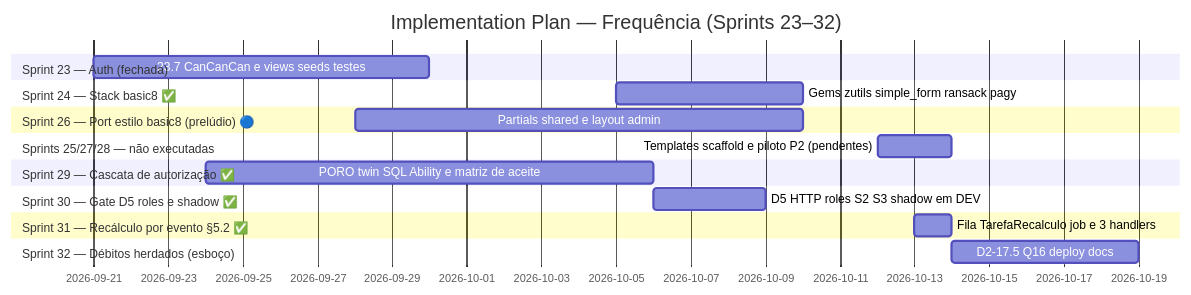
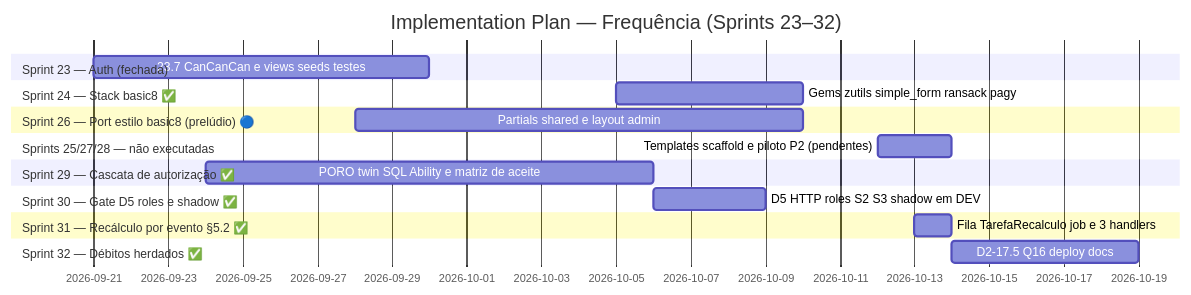
The diagram in docs/12-plano-implementacao/implementation_plan.md (daviaraujo18/Frequencia), drawn with Mermaid before and after one commit. The commit also changed other lines of this file and 6 other files, not shown here.

````diff
--- a/docs/12-plano-implementacao/implementation_plan.md
+++ b/docs/12-plano-implementacao/implementation_plan.md
@@ -52,21 +52,21 @@
 ```mermaid
 gantt
     title Implementation Plan — Frequência (Sprints 23–32)
     dateFormat YYYY-MM-DD
     section Sprint 23 — Auth (fechada)
     23.7 CanCanCan e views seeds testes : 2026-09-21, 9d
     section Sprint 24 — Stack basic8 ✅
     Gems zutils simple_form ransack pagy : 2026-10-05, 5d
     section Sprint 26 — Port estilo basic8 (prelúdio) 🔵
     Partials shared e layout admin : 2026-09-28, 12d
     section Sprints 25/27/28 — não executadas
     Templates scaffold e piloto P2 (pendentes) : 2026-10-12, 2d
     section Sprint 29 — Cascata de autorização ✅
     PORO twin SQL Ability e matriz de aceite : 2026-09-24, 12d
     section Sprint 30 — Gate D5 roles e shadow ✅
     D5 HTTP roles S2 S3 shadow em DEV : 2026-10-06, 3d
     section Sprint 31 — Recálculo por evento §5.2 ✅
     Fila TarefaRecalculo job e 3 handlers : 2026-10-13, 1d
-    section Sprint 32 — Débitos herdados (esboço)
+    section Sprint 32 — Débitos herdados ✅
     D2-17.5 Q16 deploy docs : 2026-10-14, 5d
 ```
````
